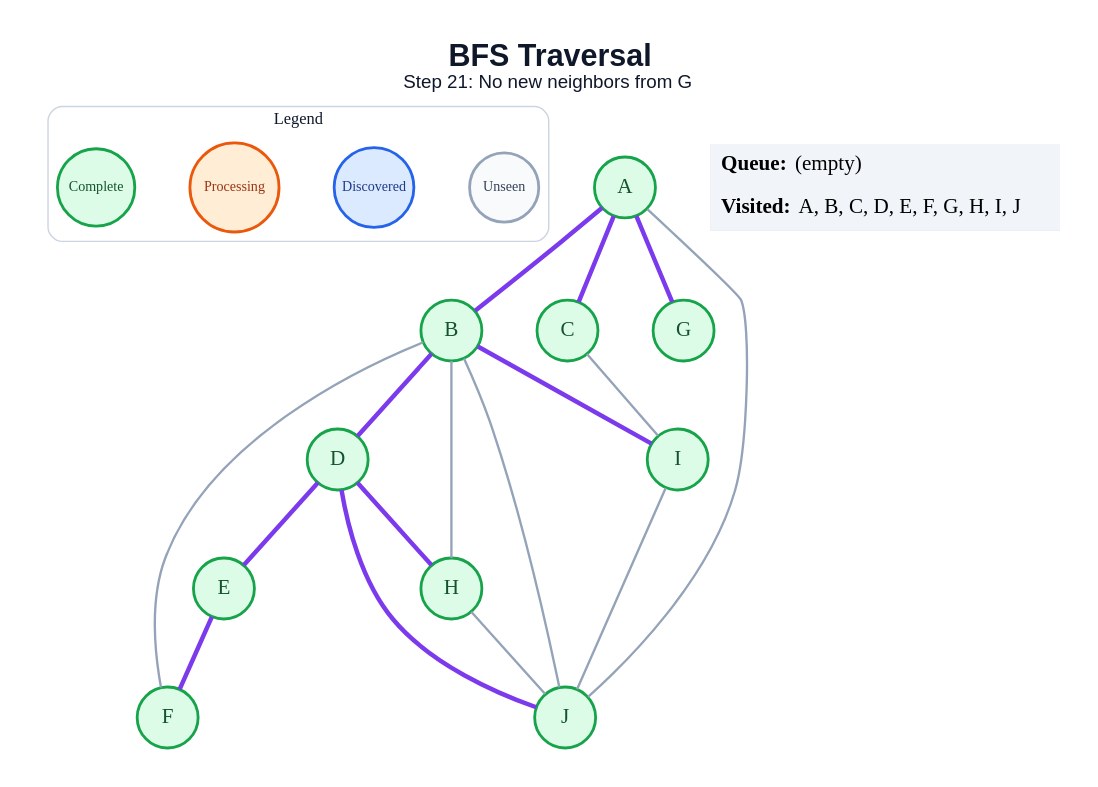
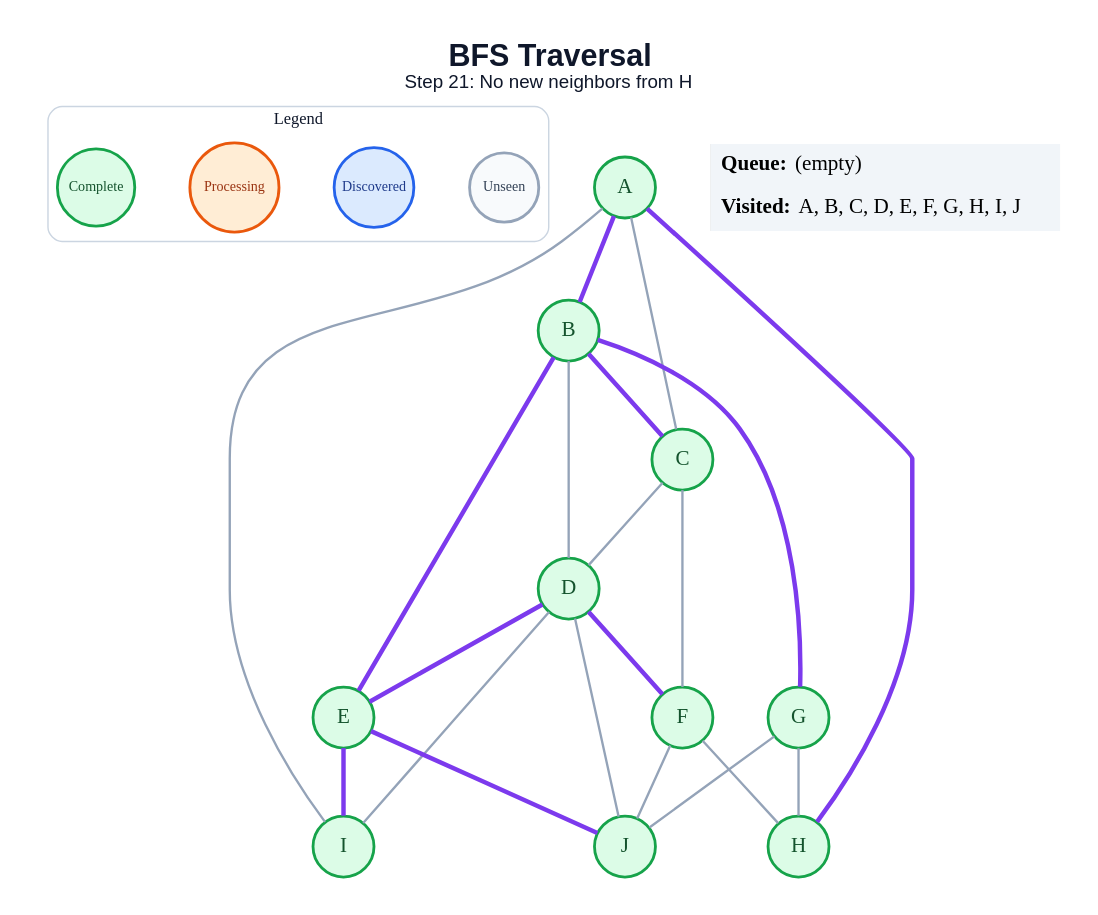
The diagram in generated/specific-node/bfs/step_21.dot (anon7238593-create/ai-slop), drawn with Graphviz before and after one commit. The commit also changed 171 other files, not shown here.

```diff
--- a/generated/specific-node/bfs/step_21.dot
+++ b/generated/specific-node/bfs/step_21.dot
@@ -1,45 +1,49 @@
 graph traversal {
   graph [layout=dot, rankdir=TB, bgcolor="#FFFFFF", pad="0.35", nodesep="0.65", ranksep="0.8", fontname="Arial"];
   node [shape=circle, style="filled", fontname="Arial Bold", fontsize=18, width=0.72, fixedsize=true, penwidth=2.4];
   edge [color="#94A3B8", penwidth=2.0];
-  label=<<B>BFS Traversal</B><BR/><FONT POINT-SIZE="16">Step 21: No new neighbors from G</FONT>>; labelloc="t"; fontsize=26; fontname="Arial"; fontcolor="#0F172A";
+  label=<<B>BFS Traversal</B><BR/><FONT POINT-SIZE="16">Step 21: No new neighbors from H</FONT>>; labelloc="t"; fontsize=26; fontname="Arial"; fontcolor="#0F172A";
   subgraph cluster_legend { label="Legend"; color="#CBD5E1"; penwidth=1.2; style="rounded"; fontsize=14; fontname="Arial Bold";
     key_unseen [label="Unseen", fillcolor="#F8FAFC", color="#94A3B8", fontcolor="#334155", fontsize=12, width=0.82];
     key_frontier [label="Discovered", fillcolor="#DBEAFE", color="#2563EB", fontcolor="#1E3A8A", fontsize=12, width=0.95];
     key_current [label="Processing", fillcolor="#FFEDD5", color="#EA580C", fontcolor="#9A3412", fontsize=12, width=1.05];
     key_done [label="Complete", fillcolor="#DCFCE7", color="#16A34A", fontcolor="#14532D", fontsize=12, width=0.92];
     { rank=same; key_unseen; key_frontier; key_current; key_done; }
   }
   A [fillcolor="#DCFCE7", color="#16A34A", fontcolor="#14532D"];
   B [fillcolor="#DCFCE7", color="#16A34A", fontcolor="#14532D"];
   C [fillcolor="#DCFCE7", color="#16A34A", fontcolor="#14532D"];
   D [fillcolor="#DCFCE7", color="#16A34A", fontcolor="#14532D"];
   E [fillcolor="#DCFCE7", color="#16A34A", fontcolor="#14532D"];
   F [fillcolor="#DCFCE7", color="#16A34A", fontcolor="#14532D"];
   G [fillcolor="#DCFCE7", color="#16A34A", fontcolor="#14532D"];
   H [fillcolor="#DCFCE7", color="#16A34A", fontcolor="#14532D"];
   I [fillcolor="#DCFCE7", color="#16A34A", fontcolor="#14532D"];
   J [fillcolor="#DCFCE7", color="#16A34A", fontcolor="#14532D"];
   A -- B [color="#7C3AED", penwidth=3.8];
-  A -- C [color="#7C3AED", penwidth=3.8];
-  A -- G [color="#7C3AED", penwidth=3.8];
-  A -- J;
-  B -- D [color="#7C3AED", penwidth=3.8];
-  B -- F;
-  B -- H;
-  B -- I [color="#7C3AED", penwidth=3.8];
-  B -- J;
-  C -- I;
+  A -- C;
+  A -- H [color="#7C3AED", penwidth=3.8];
+  A -- I;
+  B -- C [color="#7C3AED", penwidth=3.8];
+  B -- D;
+  B -- E [color="#7C3AED", penwidth=3.8];
+  B -- G [color="#7C3AED", penwidth=3.8];
+  C -- D;
+  C -- F;
   D -- E [color="#7C3AED", penwidth=3.8];
-  D -- H [color="#7C3AED", penwidth=3.8];
-  D -- J [color="#7C3AED", penwidth=3.8];
-  E -- F [color="#7C3AED", penwidth=3.8];
-  H -- J;
-  I -- J;
+  D -- F [color="#7C3AED", penwidth=3.8];
+  D -- I;
+  D -- J;
+  E -- I [color="#7C3AED", penwidth=3.8];
+  E -- J [color="#7C3AED", penwidth=3.8];
+  F -- H;
+  F -- J;
+  G -- H;
+  G -- J;
   status [shape=plain, fixedsize=false, width=0, height=0, margin=0, label=<
     <TABLE BORDER="0" CELLBORDER="0" CELLPADDING="7" BGCOLOR="#F1F5F9">
       <TR><TD ALIGN="LEFT"><B>Queue:</B> (empty)</TD></TR>
       <TR><TD ALIGN="LEFT"><B>Visited:</B> A, B, C, D, E, F, G, H, I, J</TD></TR>
     </TABLE>
   >];
 }
```
